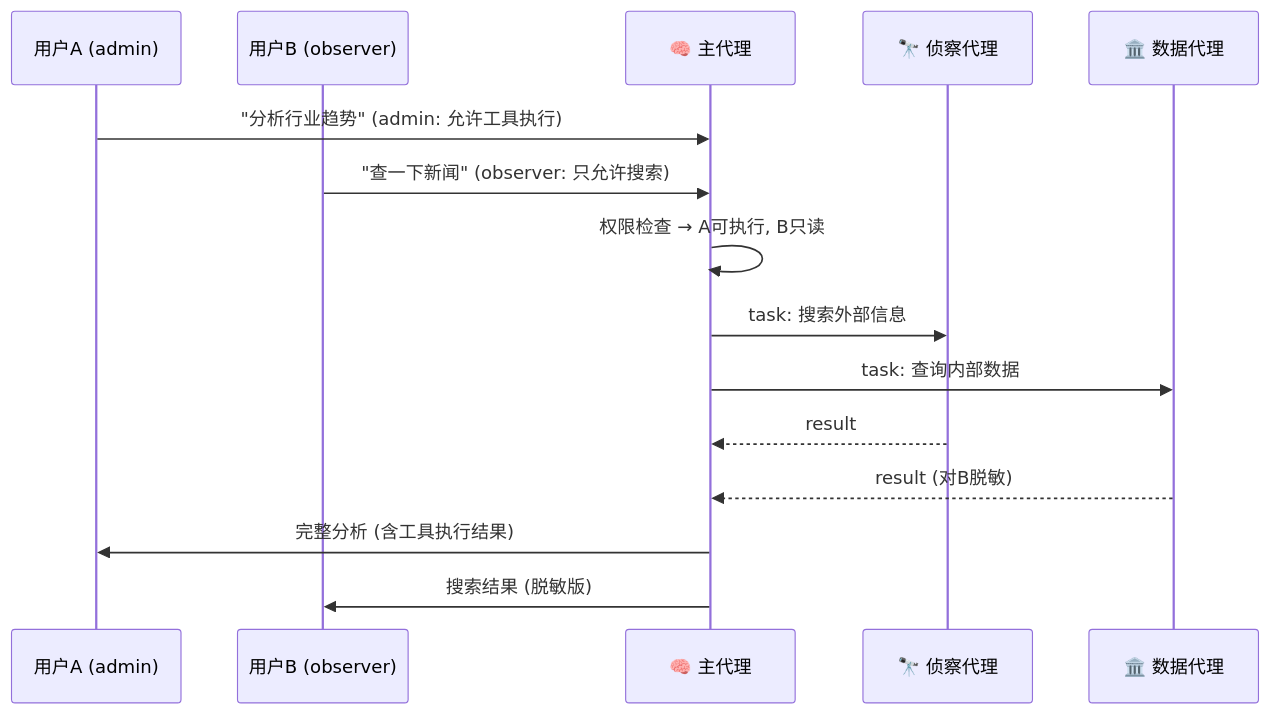
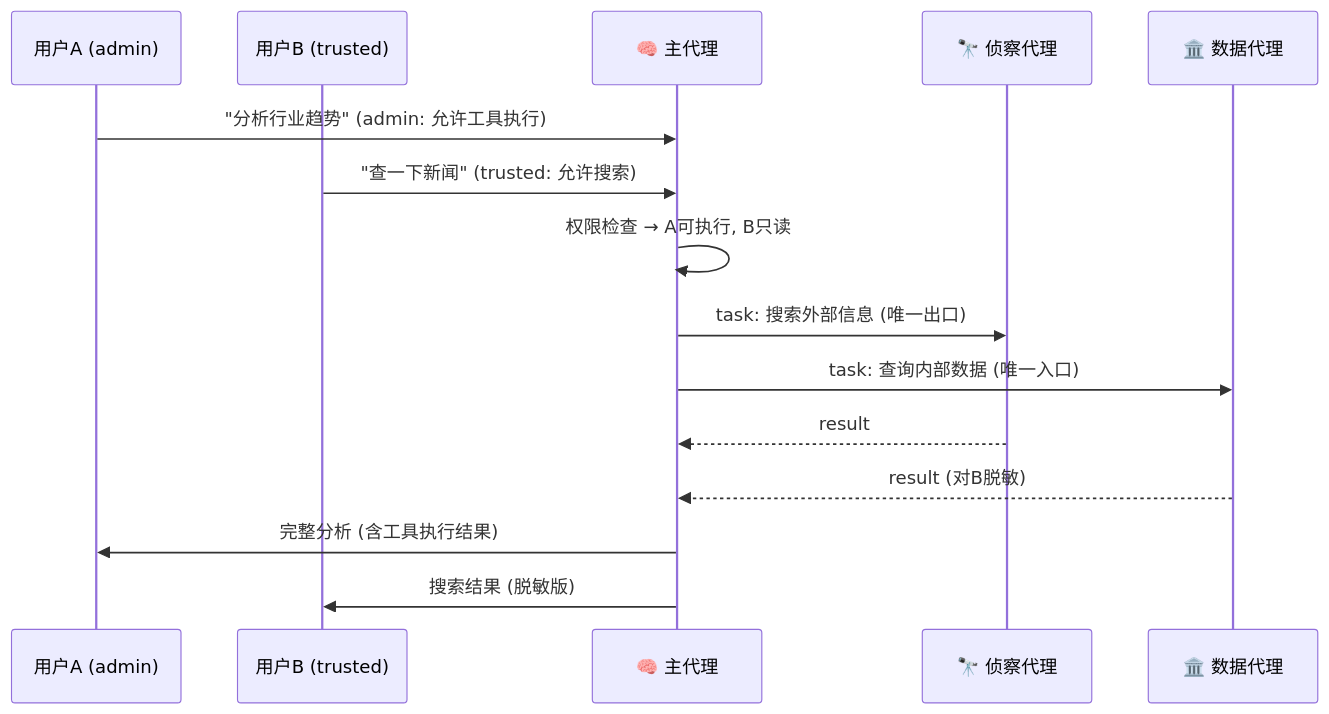
The sixth of 11 diagrams in docs/distributed-multi-agent-architecture.md (forestlei/hermes-agent), drawn with Mermaid before and after one commit. The commit also changed other lines of this file and 1 other file, not shown here.

````diff
--- a/docs/distributed-multi-agent-architecture.md
+++ b/docs/distributed-multi-agent-architecture.md
@@ -942,18 +858,18 @@
 ```mermaid
 sequenceDiagram
     participant UA as 用户A (admin)
-    participant UB as 用户B (observer)
+    participant UB as 用户B (trusted)
     participant B as 🧠 主代理
     participant S as 🔭 侦察代理
     participant V as 🏛️ 数据代理
 
     UA->>B: "分析行业趋势" (admin: 允许工具执行)
-    UB->>B: "查一下新闻" (observer: 只允许搜索)
+    UB->>B: "查一下新闻" (trusted: 允许搜索)
     B->>B: 权限检查 → A可执行, B只读
-    B->>S: task: 搜索外部信息
-    B->>V: task: 查询内部数据
+    B->>S: task: 搜索外部信息 (唯一出口)
+    B->>V: task: 查询内部数据 (唯一入口)
     S-->>B: result
     V-->>B: result (对B脱敏)
     B->>UA: 完整分析 (含工具执行结果)
     B->>UB: 搜索结果 (脱敏版)
 ```
````
